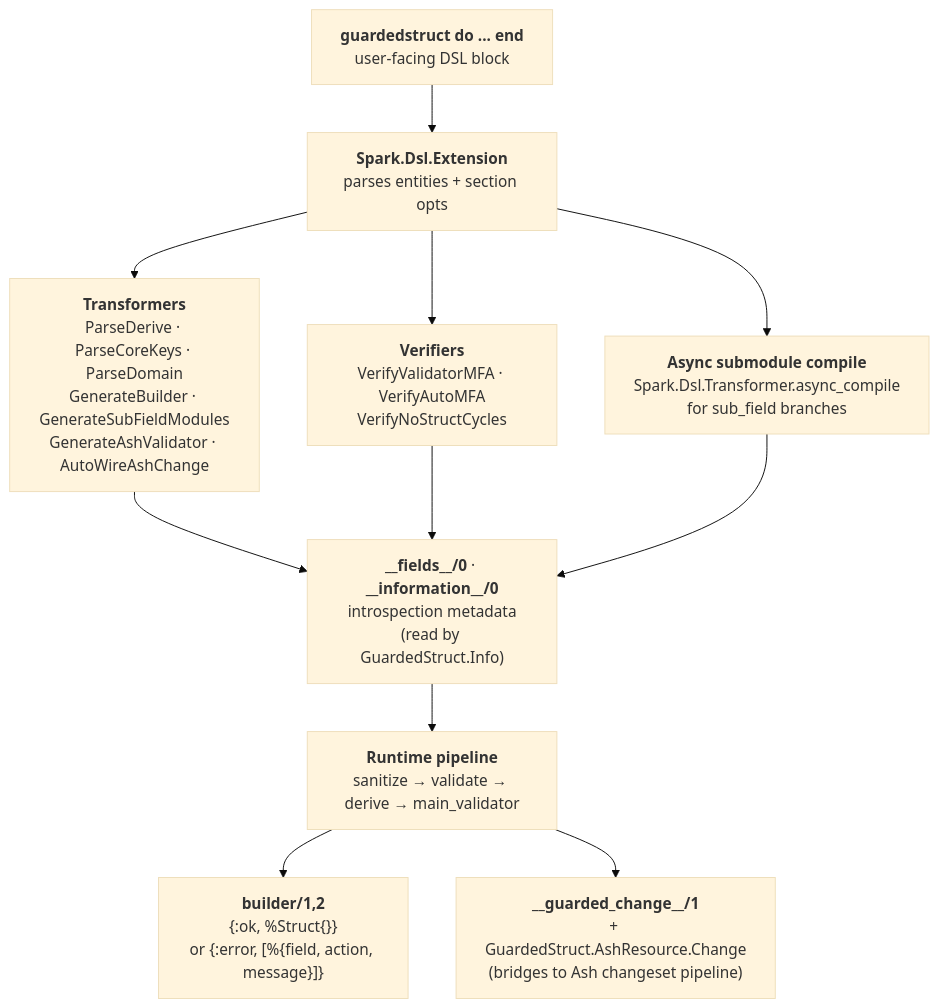
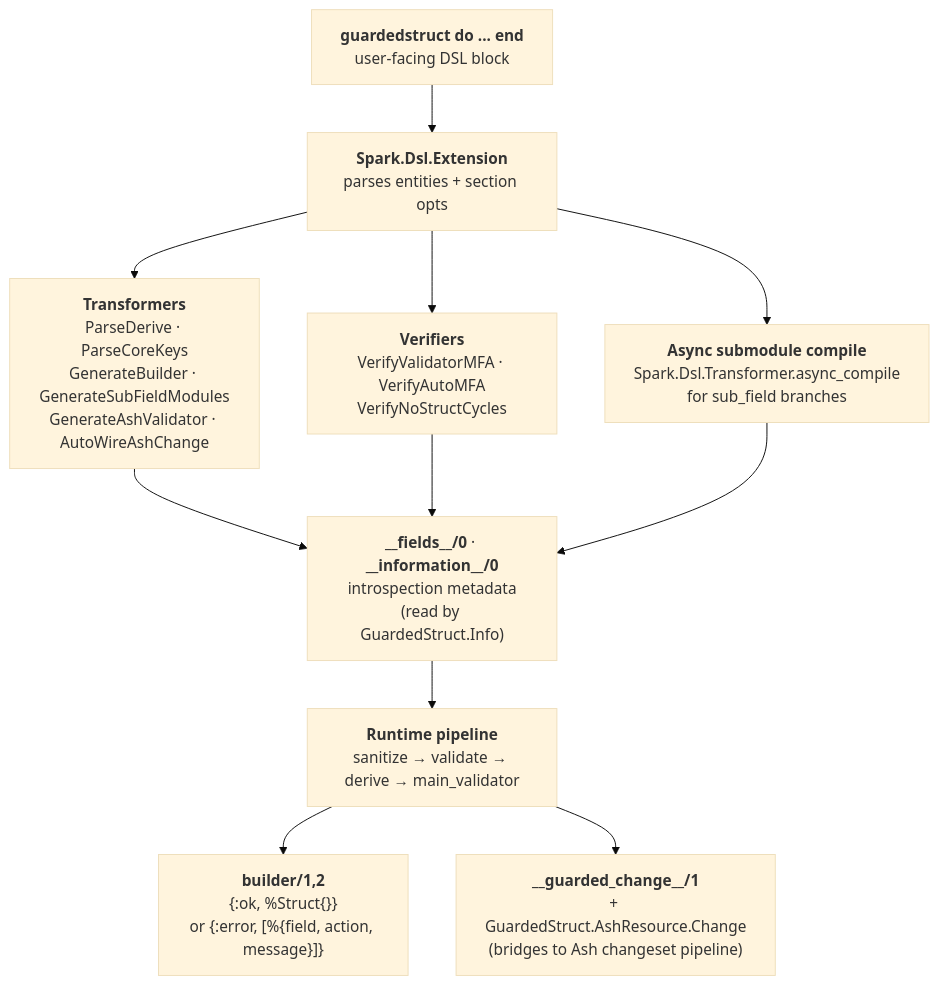
Before and after one commit to mishka-group/guarded_struct: the diagram in README.md, drawn with Mermaid (base theme). The commit also changed 32 other files, not shown here.

````diff
--- a/README.md
+++ b/README.md
@@ -526,20 +526,20 @@
 ```mermaid
 flowchart TD
     User["<b>guardedstruct do ... end</b><br/>user-facing DSL block"]
     Spark["<b>Spark.Dsl.Extension</b><br/>parses entities + section opts"]
 
     User --> Spark
 
-    Spark --> Transformers["<b>Transformers</b><br/>ParseDerive · ParseCoreKeys · ParseDomain<br/>GenerateBuilder · GenerateSubFieldModules<br/>GenerateAshValidator · AutoWireAshChange"]
+    Spark --> Transformers["<b>Transformers</b><br/>ParseDerive · ParseCoreKeys<br/>GenerateBuilder · GenerateSubFieldModules<br/>GenerateAshValidator · AutoWireAshChange"]
     Spark --> Verifiers["<b>Verifiers</b><br/>VerifyValidatorMFA · VerifyAutoMFA<br/>VerifyNoStructCycles"]
     Spark --> AsyncCompile["<b>Async submodule compile</b><br/>Spark.Dsl.Transformer.async_compile<br/>for sub_field branches"]
 
     Transformers --> Fields["<b>__fields__/0</b> · <b>__information__/0</b><br/>introspection metadata<br/>(read by GuardedStruct.Info)"]
     Verifiers --> Fields
     AsyncCompile --> Fields
 
     Fields --> Runtime["<b>Runtime pipeline</b><br/>sanitize → validate → derive → main_validator"]
 
     Runtime --> Standalone["<b>builder/1,2</b><br/>{:ok, %Struct{}}<br/>or {:error, [%{field, action, message}]}"]
     Runtime --> AshBridge["<b>__guarded_change__/1</b><br/>+ GuardedStruct.AshResource.Change<br/>(bridges to Ash changeset pipeline)"]
 ```
````
